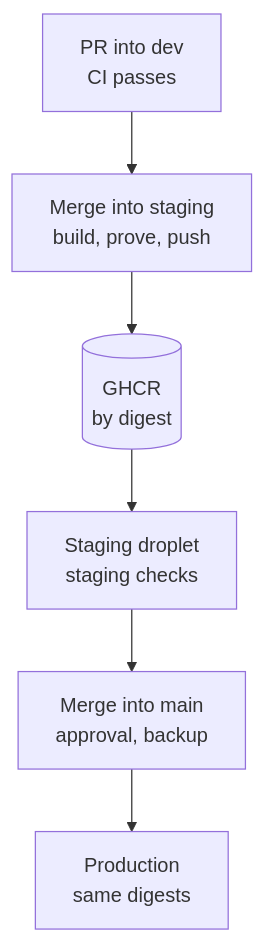
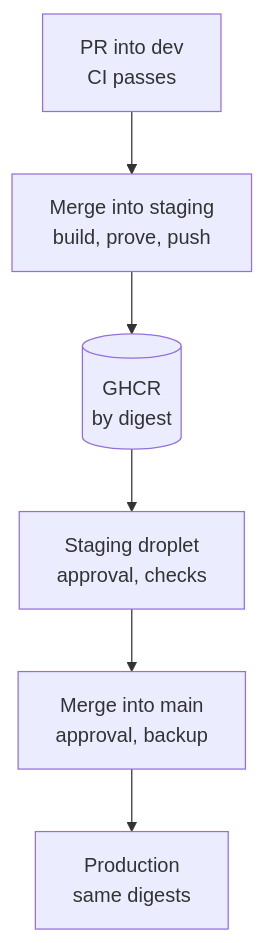
The second of 2 diagrams in docs/deployment/release-pipeline.md (Kaizer-Systems/saha-textile), drawn with Mermaid before and after one commit. The commit also changed other lines of this file and 3 other files, not shown here.

Commit message:
docs(github): staging deploys also wait for the owner's approval

````diff
--- a/docs/deployment/release-pipeline.md
+++ b/docs/deployment/release-pipeline.md
@@ -53,8 +53,8 @@
 ```mermaid
 flowchart TB
     A["PR into dev<br/>CI passes"] --> B["Merge into staging<br/>build, prove, push"]
     B --> C[("GHCR<br/>by digest")]
-    C --> D["Staging droplet<br/>staging checks"]
+    C --> D["Staging droplet<br/>approval, checks"]
     D --> E["Merge into main<br/>approval, backup"]
     E --> F["Production<br/>same digests"]
 ```
````
